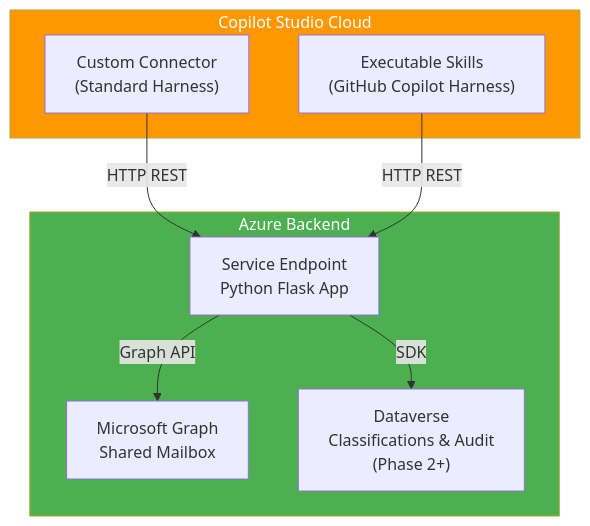
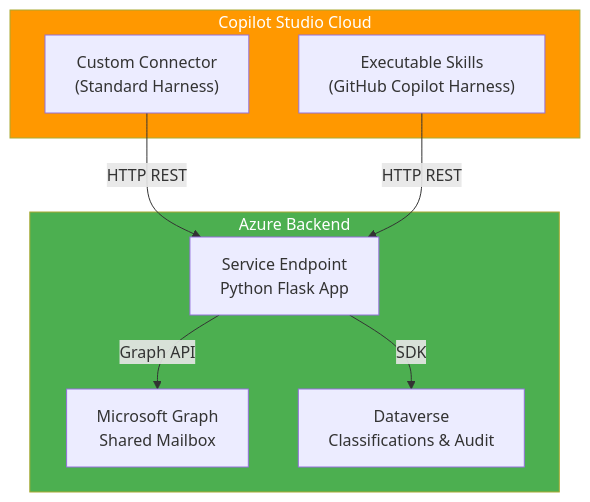
The diagram in README.md (holgerimbery/bridge365), drawn with Mermaid before and after one commit. The commit also changed other lines of this file and 1 other file, not shown here.

````diff
--- a/README.md
+++ b/README.md
@@ -204,19 +55,19 @@
 ```mermaid
 graph TB
     subgraph CopilotStudio["Copilot Studio Cloud"]
         CONN["Custom Connector<br/>(Standard Harness)"]
         EXSKILL["Executable Skills<br/>(GitHub Copilot Harness)"]
     end
     
     CONN -->|HTTP REST| BACKEND
     EXSKILL -->|HTTP REST| BACKEND
     
     subgraph Azure["Azure Backend"]
         BACKEND["Service Endpoint<br/>Python Flask App"]
         BACKEND -->|Graph API| GRAPH["Microsoft Graph<br/>Shared Mailbox"]
-        BACKEND -->|SDK| DV["Dataverse<br/>Classifications & Audit<br/>(Phase 2+)"]
+        BACKEND -->|SDK| DV["Dataverse<br/>Classifications & Audit"]
     end
     
     style CopilotStudio fill:#FF9800,color:#fff
     style Azure fill:#4CAF50,color:#fff
 ```
````
